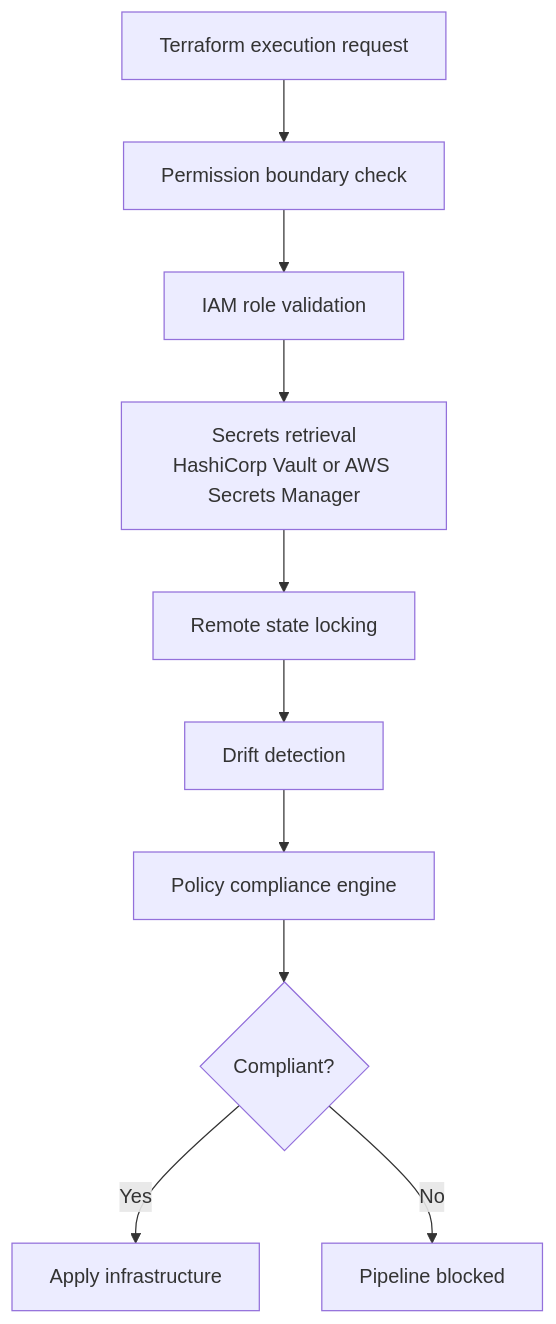
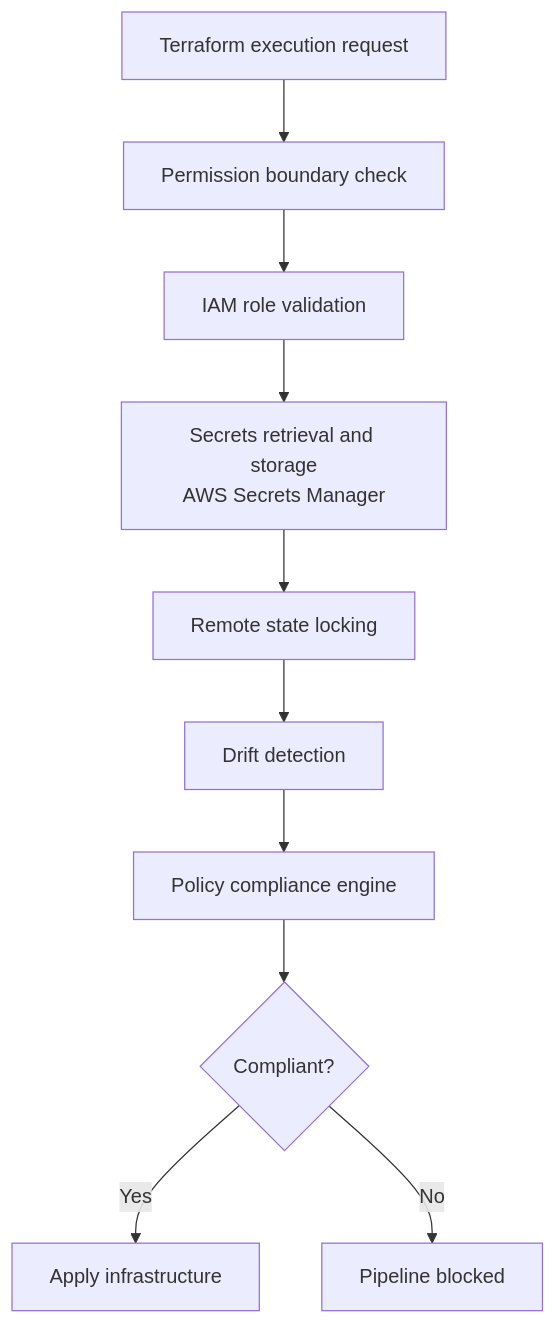
One commit to devopsforge2304/IDP-Terraform-Project changed the diagram in governance-security.md. Above: the diagram before and after it, drawn with Mermaid. The commit also changed 17 other files, not shown here.

Commit message:
Replaced vault from AWS Secrets Manager

````diff
--- a/governance-security.md
+++ b/governance-security.md
@@ -3,12 +3,12 @@
 ```mermaid
 flowchart TD
     A[Terraform execution request] --> B[Permission boundary check]
     B --> C[IAM role validation]
-    C --> D[Secrets retrieval<br/>HashiCorp Vault or AWS Secrets Manager]
+    C --> D[Secrets retrieval and storage<br/>AWS Secrets Manager]
     D --> E[Remote state locking]
     E --> F[Drift detection]
     F --> G[Policy compliance engine]
     G --> H{Compliant?}
     H -->|Yes| I[Apply infrastructure]
     H -->|No| J[Pipeline blocked]
 ```
````
